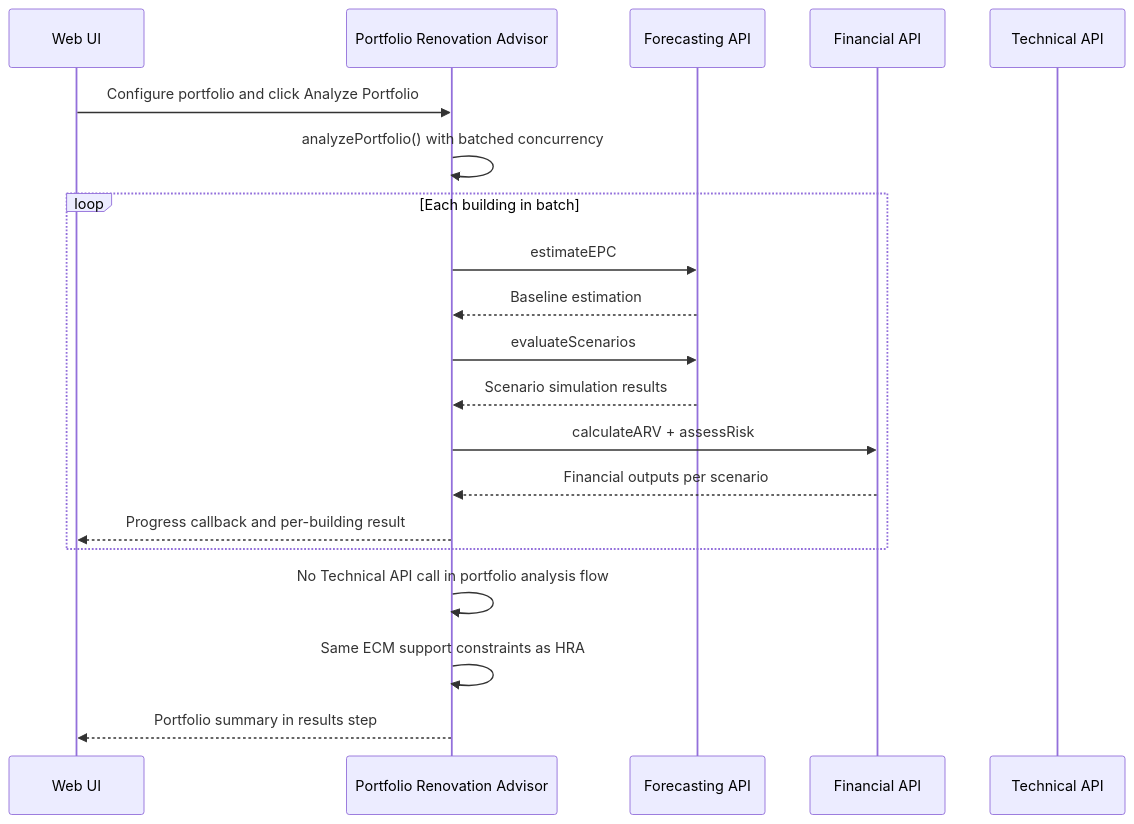
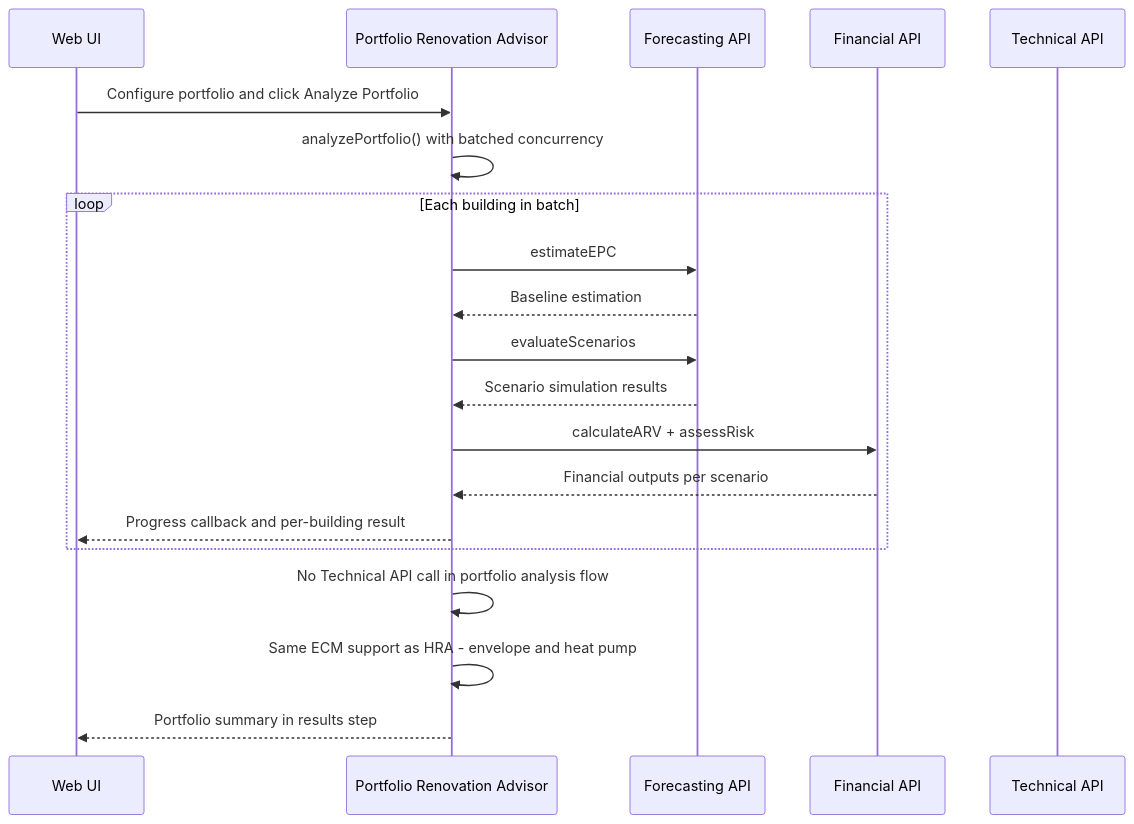
The third of 6 diagrams in README.md (ReLIFE-Project-EU/relife-web-ui), drawn with Mermaid before and after one commit. The commit also changed other lines of this file, not shown here.

Commit message:
📝 Update README to reflect ECM support for floor and heat pump

````diff
--- a/README.md
+++ b/README.md
@@ -108,23 +108,23 @@
 ```mermaid
 sequenceDiagram
     participant UI as Web UI
     participant PRA as Portfolio Renovation Advisor
     participant FCAST as Forecasting API
     participant FIN as Financial API
     participant TECH as Technical API
 
     UI->>PRA: Configure portfolio and click Analyze Portfolio
     PRA->>PRA: analyzePortfolio() with batched concurrency
     loop Each building in batch
       PRA->>FCAST: estimateEPC
       FCAST-->>PRA: Baseline estimation
       PRA->>FCAST: evaluateScenarios
       FCAST-->>PRA: Scenario simulation results
       PRA->>FIN: calculateARV + assessRisk
       FIN-->>PRA: Financial outputs per scenario
       PRA-->>UI: Progress callback and per-building result
     end
     PRA->>PRA: No Technical API call in portfolio analysis flow
-    PRA->>PRA: Same ECM support constraints as HRA
+    PRA->>PRA: Same ECM support as HRA - envelope and heat pump
     PRA-->>UI: Portfolio summary in results step
 ```
````
